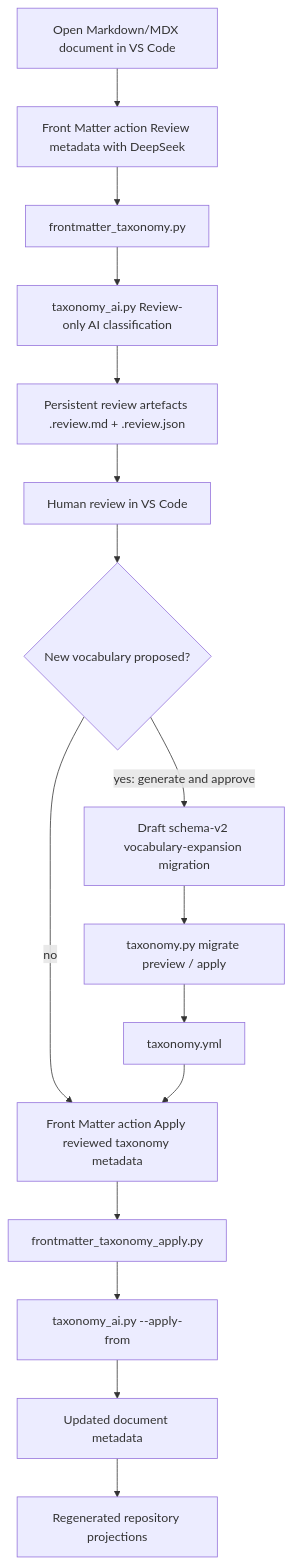
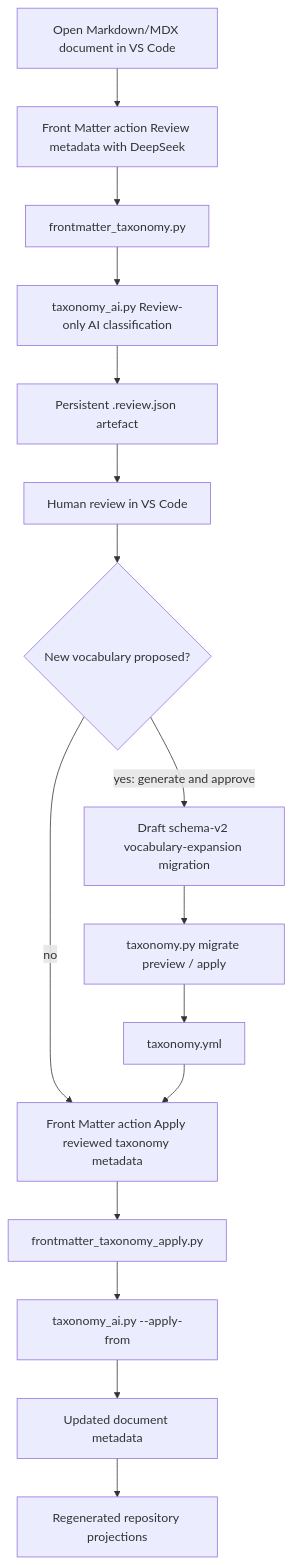
The second of 2 diagrams in docs/implementation-details/taxonomy.md (iand4096/docusaurusportfolio), drawn with Mermaid before and after one commit. The commit also changed other lines of this file and 14 other files, not shown here.

````diff
--- a/docs/implementation-details/taxonomy.md
+++ b/docs/implementation-details/taxonomy.md
@@ -288,47 +297,47 @@
 ```mermaid
 flowchart TD
     accTitle: Single-document metadata review and application
     accDescr {
-      A VS Code action runs AI-assisted metadata review and saves Markdown and JSON review artefacts.
+      A VS Code action runs AI-assisted metadata review and saves a JSON review artefact.
       A person reviews the results.
       Proposed vocabulary changes must pass migration review, preview, and application before use.
       The Apply action then applies reviewed document metadata and regenerates repository projections.
     }
     DOC["`Open Markdown/MDX document in VS Code`"]
     REVIEW_ACTION["`Front Matter action Review metadata with DeepSeek`"]
     WRAPPER["`frontmatter_taxonomy.py`"]
     AI["`taxonomy_ai.py Review-only AI classification`"]
-    ARTEFACTS["`Persistent review artefacts .review.md + .review.json`"]
+    ARTEFACTS["`Persistent .review.json artefact`"]
     HUMAN["`Human review in VS Code`"]
     PROPOSAL{"`New vocabulary proposed?`"}
     MIGRATION["`Draft schema-v2 vocabulary-expansion migration`"]
     ENGINE["`taxonomy.py migrate preview / apply`"]
     TAXONOMY["`taxonomy.yml`"]
     APPLY_ACTION["`Front Matter action Apply reviewed taxonomy metadata`"]
     APPLY_WRAPPER["`frontmatter_taxonomy_apply.py`"]
     APPLY_FROM["`taxonomy_ai.py --apply-from`"]
     UPDATED_DOC["`Updated document metadata`"]
     GENERATED["`Regenerated repository projections`"]
 
     DOC --> REVIEW_ACTION
     REVIEW_ACTION --> WRAPPER
     WRAPPER --> AI
     AI --> ARTEFACTS
     ARTEFACTS --> HUMAN
     HUMAN --> PROPOSAL
     PROPOSAL -->|"yes: generate and approve"| MIGRATION
     MIGRATION --> ENGINE
     ENGINE --> TAXONOMY
     PROPOSAL -->|"no"| APPLY_ACTION
     TAXONOMY --> APPLY_ACTION
     APPLY_ACTION --> APPLY_WRAPPER
     APPLY_WRAPPER --> APPLY_FROM
     APPLY_FROM --> UPDATED_DOC
     UPDATED_DOC --> GENERATED
     class DOC,MIGRATION input;
     class REVIEW_ACTION,HUMAN,APPLY_ACTION interaction;
     class AI generation;
     class PROPOSAL decision;
     class WRAPPER,ENGINE,APPLY_WRAPPER,APPLY_FROM process;
     class ARTEFACTS,TAXONOMY,UPDATED_DOC,GENERATED storage;
 ```
````
